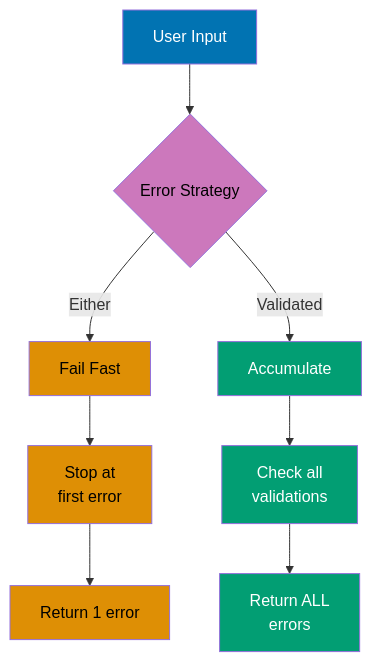
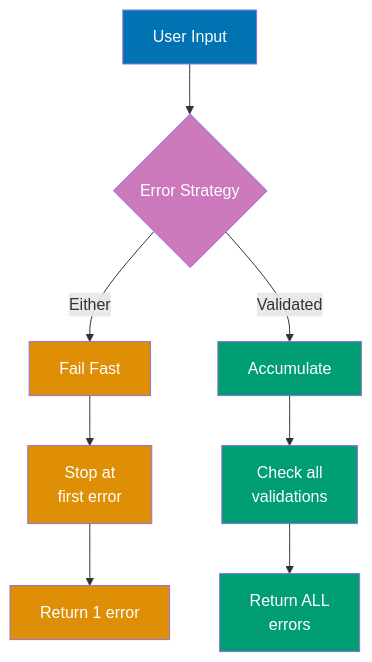
Diagram 11 of 22 in apps/ayokoding-web/content/en/learn/software-engineering/programming-languages/kotlin/by-example/advanced.md (wahidyankf/open-sharia-enterprise), drawn with Mermaid before and after one commit. The commit also changed other lines of this file and 61 other files, not shown here.

First line of the commit message:
fix(ayokoding-web): quote Mermaid node labels with special characters in Example 63

````diff
--- a/apps/ayokoding-web/content/en/learn/software-engineering/programming-languages/kotlin/by-example/advanced.md
+++ b/apps/ayokoding-web/content/en/learn/software-engineering/programming-languages/kotlin/by-example/advanced.md
@@ -2572,22 +2572,22 @@
 ```mermaid
 %% Color Palette: Blue #0173B2, Orange #DE8F05, Teal #029E73, Purple #CC78BC, Brown #CA9161
 graph TD
     Input[User Input] --> Strategy{Error Strategy}
 
     Strategy -->|Either| FailFast[Fail Fast]
     FailFast --> FirstError[Stop at<br/>first error]
     FirstError --> OneError[Return 1 error]
 
     Strategy -->|Validated| Accumulate[Accumulate]
     Accumulate --> CheckAll[Check all<br/>validations]
     CheckAll --> AllErrors[Return ALL<br/>errors]
 
     style Input fill:#0173B2,color:#fff
-    style Strategy fill:#CC78BC,color:#000
-    style FailFast fill:#DE8F05,color:#000
-    style FirstError fill:#DE8F05,color:#000
-    style OneError fill:#DE8F05,color:#000
+    style Strategy fill:#CC78BC,color:#fff
+    style FailFast fill:#DE8F05,color:#fff
+    style FirstError fill:#DE8F05,color:#fff
+    style OneError fill:#DE8F05,color:#fff
     style Accumulate fill:#029E73,color:#fff
     style CheckAll fill:#029E73,color:#fff
     style AllErrors fill:#029E73,color:#fff
 ```
````
